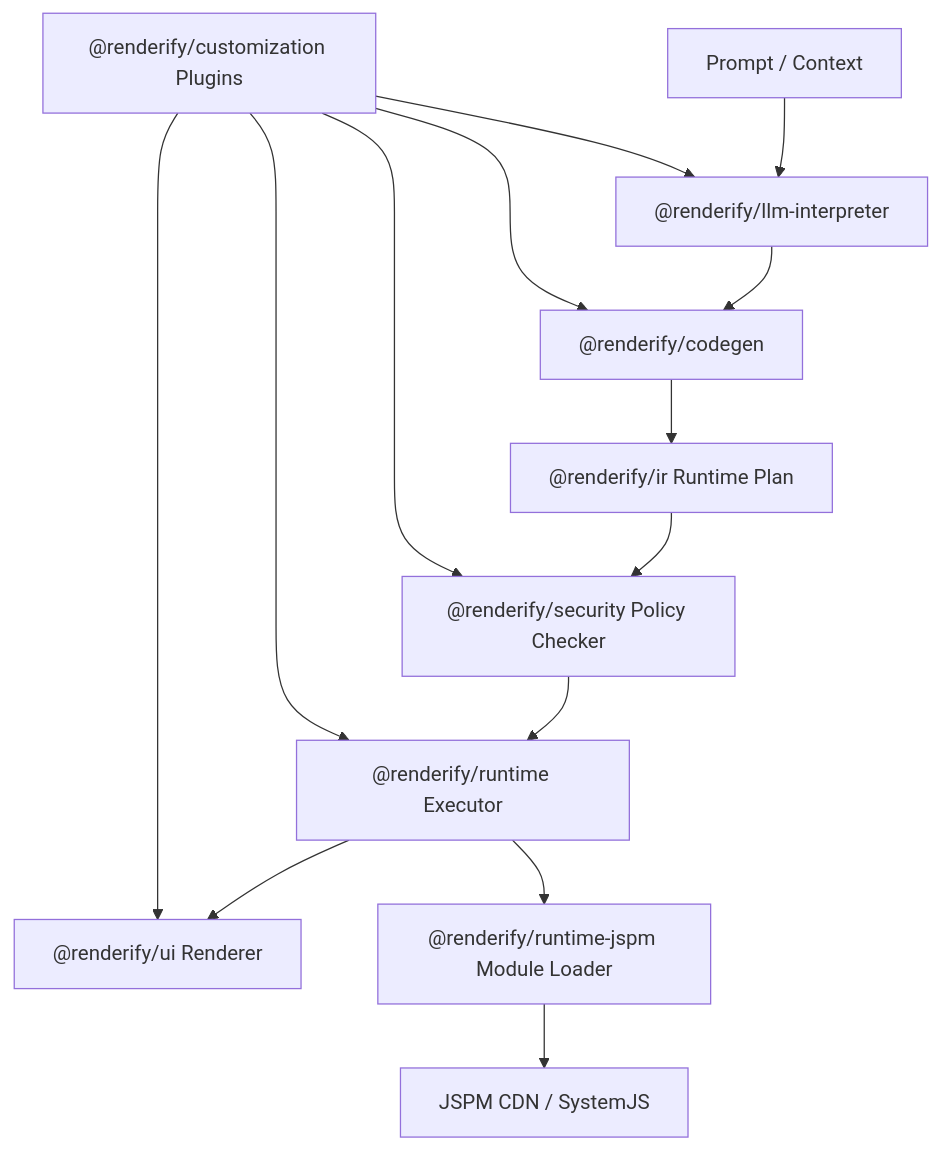
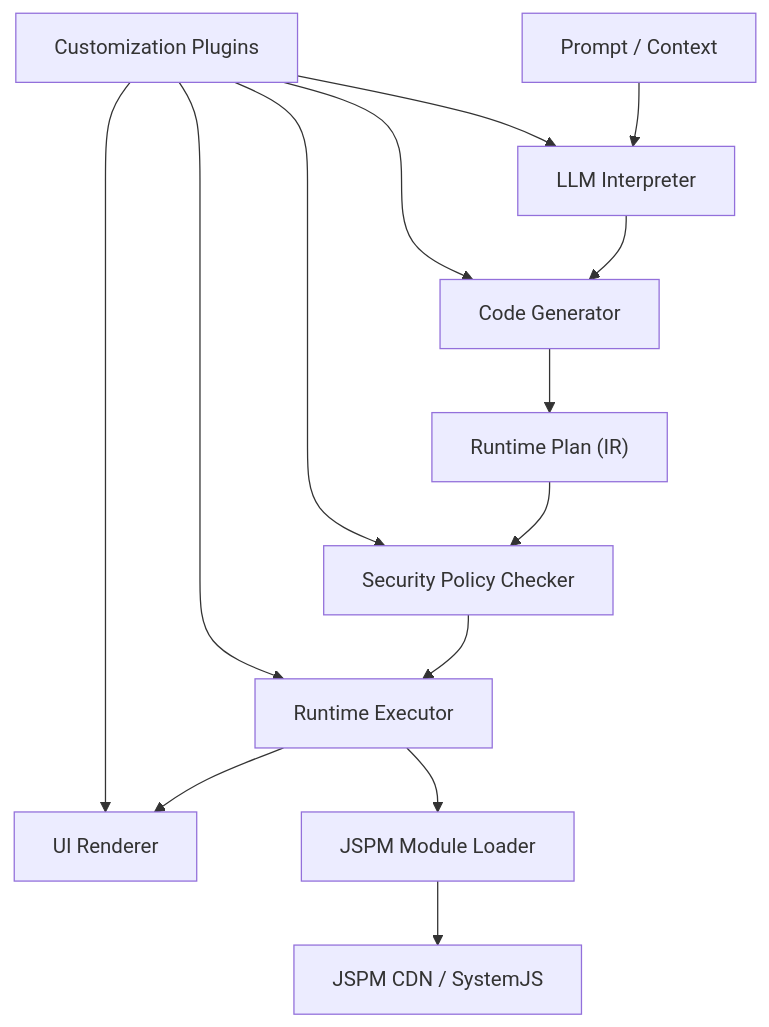
Before and after one commit to webllm/renderify: the diagram in README.md, drawn with Mermaid. The commit also changed other lines of this file and 28 other files, not shown here.

````diff
--- a/README.md
+++ b/README.md
@@ -21,16 +21,16 @@
 ```mermaid
 flowchart TD
-    A["Prompt / Context"] --> B["@renderify/llm-interpreter"]
-    B --> C["@renderify/codegen"]
-    C --> D["@renderify/ir Runtime Plan"]
-    D --> E["@renderify/security Policy Checker"]
-    E --> F["@renderify/runtime Executor"]
-    F --> G["@renderify/ui Renderer"]
-    F --> H["@renderify/runtime-jspm Module Loader"]
+    A["Prompt / Context"] --> B["LLM Interpreter"]
+    B --> C["Code Generator"]
+    C --> D["Runtime Plan (IR)"]
+    D --> E["Security Policy Checker"]
+    E --> F["Runtime Executor"]
+    F --> G["UI Renderer"]
+    F --> H["JSPM Module Loader"]
     H --> I["JSPM CDN / SystemJS"]
-    J["@renderify/customization Plugins"] --> B
+    J["Customization Plugins"] --> B
     J --> C
     J --> E
     J --> F
     J --> G
 ```
````
